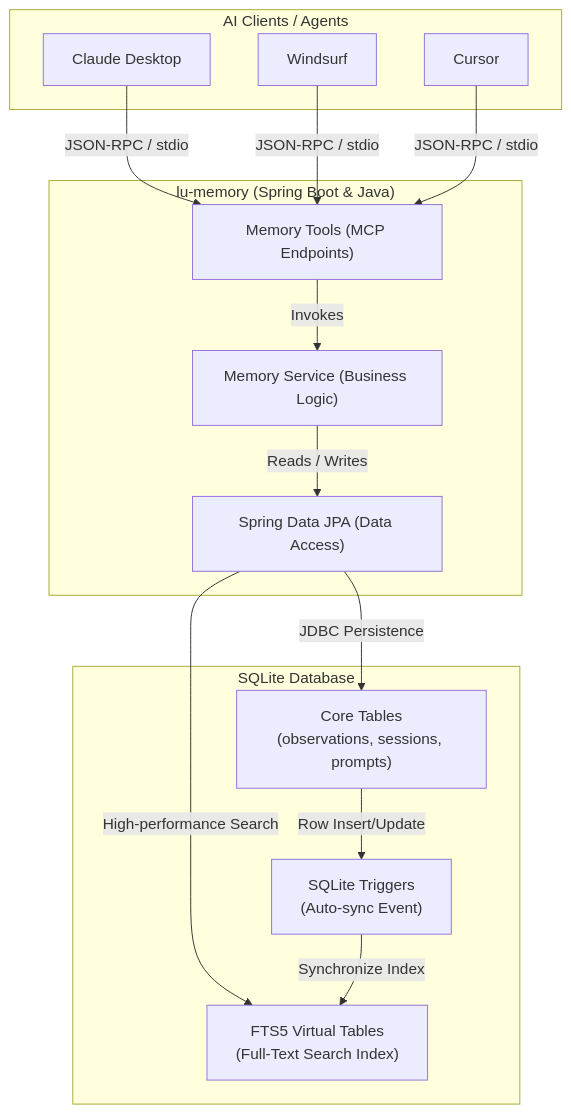
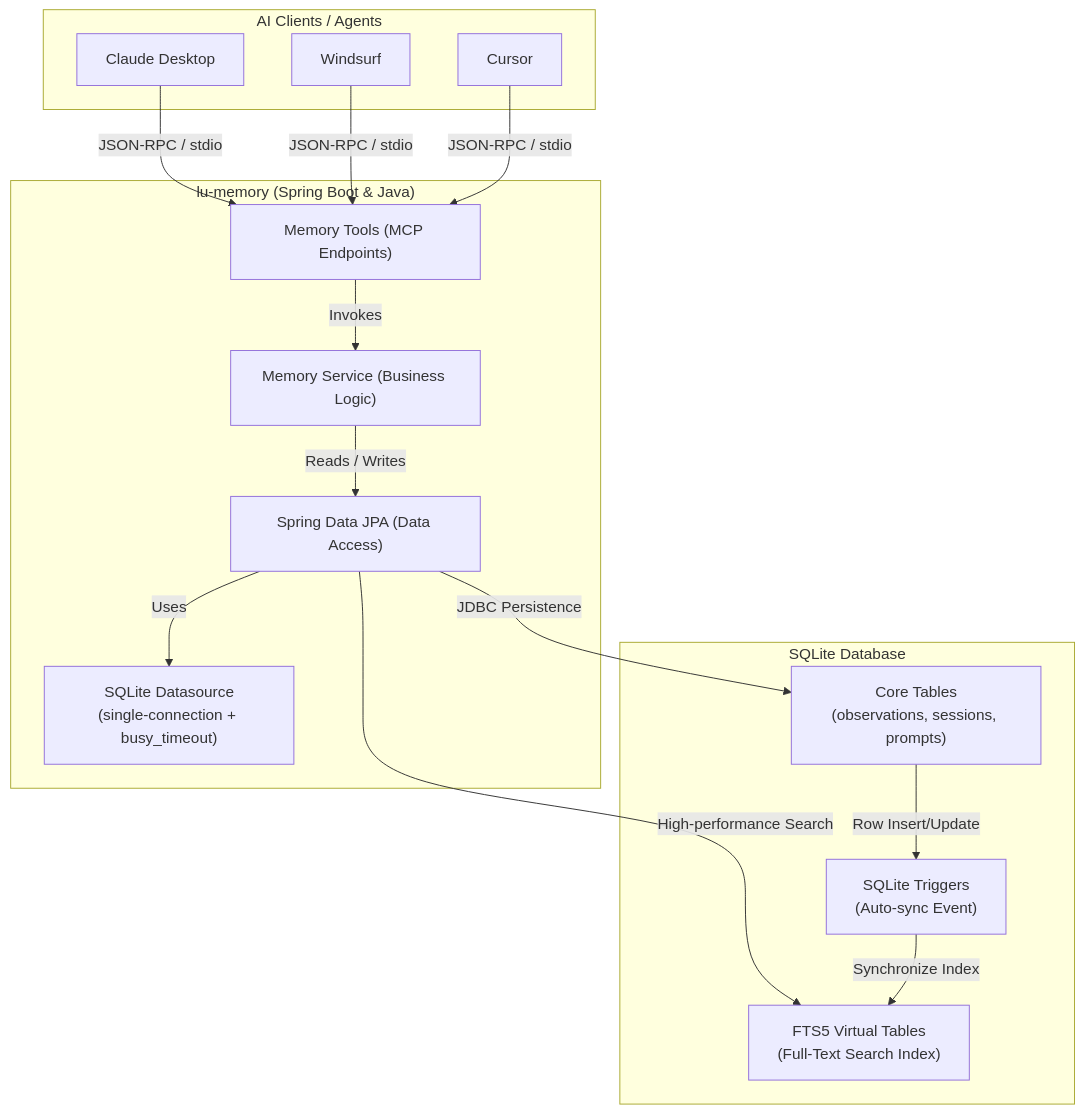
The diagram in README.md (zademy/lu-memory), drawn with Mermaid before and after one commit. The commit also changed other lines of this file and 1 other file, not shown here.

First line of the commit message:
fix: correct SQL query assembly in search paths and update datasource configuration documentation

````diff
--- a/README.md
+++ b/README.md
@@ -36,32 +36,34 @@
 ```mermaid
 graph TD
     subgraph Clients["AI Clients / Agents"]
         C1["Claude Desktop"]
         C2["Windsurf"]
         C3["Cursor"]
     end
 
     subgraph App["lu-memory (Spring Boot & Java)"]
         Tools["Memory Tools (MCP Endpoints)"]
         Service["Memory Service (Business Logic)"]
         JPA["Spring Data JPA (Data Access)"]
+        DS["SQLite Datasource<br>(single-connection + busy_timeout)"]
     end
 
     subgraph DB["SQLite Database"]
         Tables["Core Tables<br>(observations, sessions, prompts)"]
         Triggers["SQLite Triggers<br>(Auto-sync Event)"]
         FTS5["FTS5 Virtual Tables<br>(Full-Text Search Index)"]
     end
 
     C1 -->|JSON-RPC / stdio| Tools
     C2 -->|JSON-RPC / stdio| Tools
     C3 -->|JSON-RPC / stdio| Tools
 
     Tools -->|Invokes| Service
     Service -->|Reads / Writes| JPA
+    JPA -->|Uses| DS
     JPA -->|JDBC Persistence| Tables
     JPA -->|High-performance Search| FTS5
 
     Tables -->|Row Insert/Update| Triggers
     Triggers -->|Synchronize Index| FTS5
 ```
````
